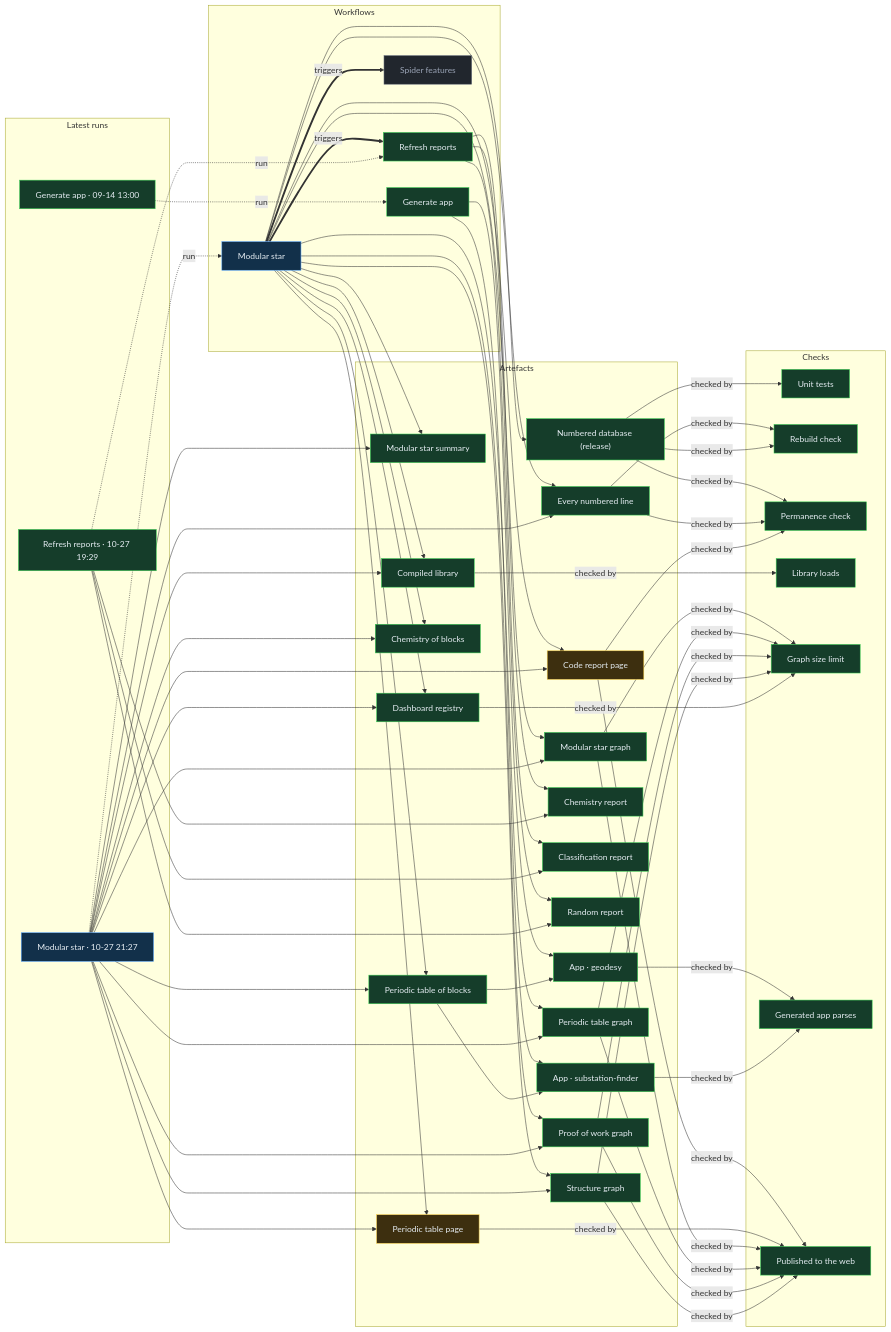
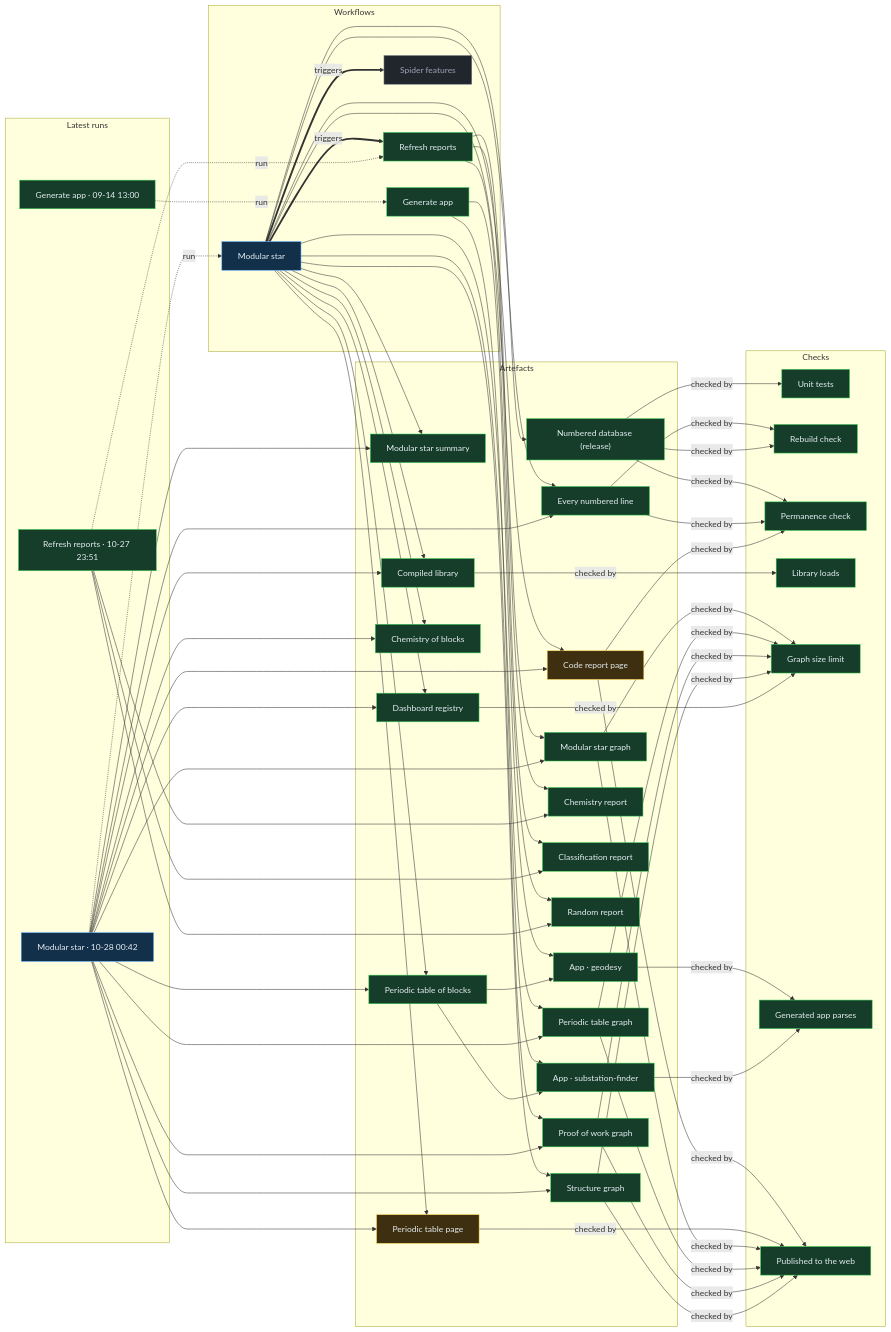
The diagram in proof/PROOF.md (Ventusltd/stars), drawn with Mermaid before and after one commit. The commit also changed other lines of this file and 52 other files, not shown here.

Commit message:
Modular star 2026-10-28T00:44Z

```diff
--- a/proof/PROOF.md
+++ b/proof/PROOF.md
@@ -24,8 +24,8 @@
   n_wf_spider_features["Spider features"]:::off
   end
   subgraph g_runs["Latest runs"]
-  n_run_40586952849["Modular star · 10-27 21:27"]:::live
-  n_run_40569593533["Refresh reports · 10-27 19:29"]:::ok
+  n_run_40610455853["Modular star · 10-28 00:42"]:::live
+  n_run_40604987751["Refresh reports · 10-27 23:51"]:::ok
   n_run_34846587798["Generate app · 09-14 13:00"]:::ok
   end
   subgraph g_artefacts["Artefacts"]
@@ -59,39 +59,39 @@
   end
   n_wf_modular_star == triggers ==> n_wf_refresh
   n_wf_modular_star == triggers ==> n_wf_spider_features
-  n_run_40586952849 -. run .-> n_wf_modular_star
-  n_run_40569593533 -. run .-> n_wf_refresh
+  n_run_40610455853 -. run .-> n_wf_modular_star
+  n_run_40604987751 -. run .-> n_wf_refresh
   n_run_34846587798 -. run .-> n_wf_generate
   n_wf_modular_star --> n_art_summary
-  n_run_40586952849 --> n_art_summary
+  n_run_40610455853 --> n_art_summary
   n_wf_modular_star --> n_art_lines
-  n_run_40586952849 --> n_art_lines
+  n_run_40610455853 --> n_art_lines
   n_wf_modular_star --> n_art_code
-  n_run_40586952849 --> n_art_code
+  n_run_40610455853 --> n_art_code
   n_wf_modular_star --> n_art_modular_graph
-  n_run_40586952849 --> n_art_modular_graph
+  n_run_40610455853 --> n_art_modular_graph
   n_wf_modular_star --> n_art_blocks
-  n_run_40586952849 --> n_art_blocks
+  n_run_40610455853 --> n_art_blocks
   n_wf_modular_star --> n_art_table
-  n_run_40586952849 --> n_art_table
+  n_run_40610455853 --> n_art_table
   n_wf_modular_star --> n_art_blocks_graph
-  n_run_40586952849 --> n_art_blocks_graph
+  n_run_40610455853 --> n_art_blocks_graph
   n_wf_modular_star --> n_art_reactions
-  n_run_40586952849 --> n_art_reactions
+  n_run_40610455853 --> n_art_reactions
   n_wf_modular_star --> n_art_library
-  n_run_40586952849 --> n_art_library
+  n_run_40610455853 --> n_art_library
   n_wf_modular_star --> n_art_features
-  n_run_40586952849 --> n_art_features
+  n_run_40610455853 --> n_art_features
   n_wf_modular_star --> n_art_proof
-  n_run_40586952849 --> n_art_proof
+  n_run_40610455853 --> n_art_proof
   n_wf_modular_star --> n_art_structure
-  n_run_40586952849 --> n_art_structure
+  n_run_40610455853 --> n_art_structure
   n_wf_refresh --> n_art_chemistry
-  n_run_40569593533 --> n_art_chemistry
+  n_run_40604987751 --> n_art_chemistry
   n_wf_refresh --> n_art_vedic
-  n_run_40569593533 --> n_art_vedic
+  n_run_40604987751 --> n_art_vedic
   n_wf_refresh --> n_art_random
-  n_run_40569593533 --> n_art_random
+  n_run_40604987751 --> n_art_random
   n_wf_modular_star --> n_art_release
   n_wf_generate --> n_app_geodesy
   n_art_blocks --> n_app_geodesy
```
